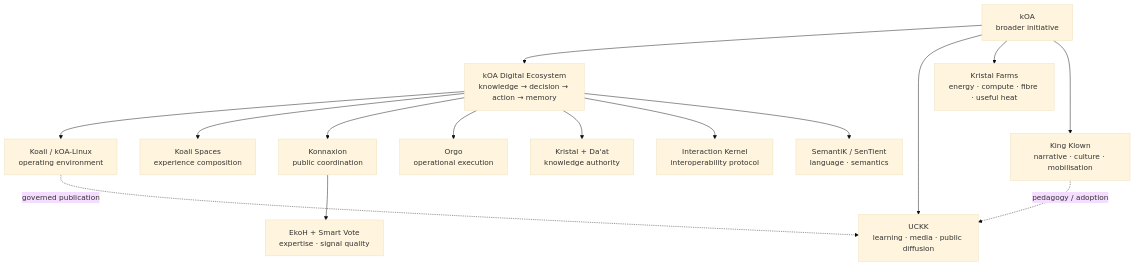
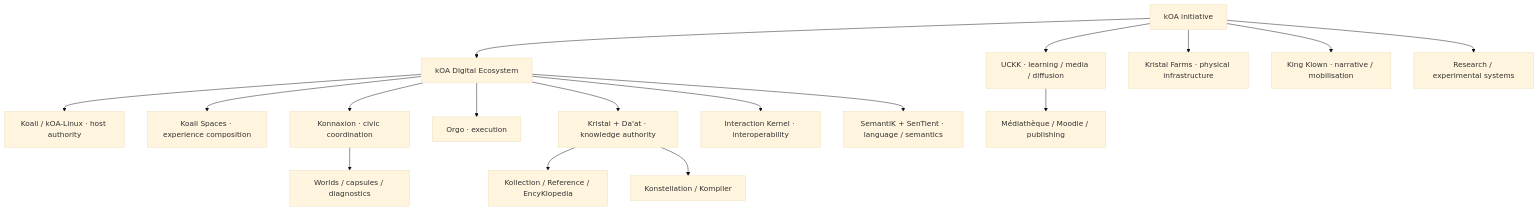
One commit to Rejean-McCormick/Rejean-McCormick changed the diagram in README.md. Above: the diagram before and after it, drawn with Mermaid (base theme). The commit also changed other lines of this file, not shown here.

````diff
--- a/README.md
+++ b/README.md
@@ -33,26 +22,28 @@
 ```mermaid
 flowchart TD
-    KOA["kOA<br/>broader initiative"]
-    DE["kOA Digital Ecosystem<br/>knowledge → decision → action → memory"]
-    UCKK["UCKK<br/>learning · media · public diffusion"]
-    KF["Kristal Farms<br/>energy · compute · fibre · useful heat"]
-    KK["King Klown<br/>narrative · culture · mobilisation"]
+    KOA["kOA initiative"]
+    DIGITAL["kOA Digital Ecosystem"]
+    UCKK["UCKK · learning / media / diffusion"]
+    FARMS["Kristal Farms · physical infrastructure"]
+    CULTURE["King Klown · narrative / mobilisation"]
+    RESEARCH["Research / experimental systems"]
 
-    KOA --> DE
+    KOA --> DIGITAL
     KOA --> UCKK
-    KOA --> KF
-    KOA --> KK
+    KOA --> FARMS
+    KOA --> CULTURE
+    KOA --> RESEARCH
 
-    DE --> KOALI["Koali / kOA-Linux<br/>operating environment"]
-    DE --> SPACES["Koali Spaces<br/>experience composition"]
-    DE --> KONN["Konnaxion<br/>public coordination"]
-    DE --> ORGO["Orgo<br/>operational execution"]
-    DE --> KR["Kristal + Da'at<br/>knowledge authority"]
-    DE --> IK["Interaction Kernel<br/>interoperability protocol"]
+    DIGITAL --> KOALI["Koali / kOA-Linux · host authority"]
+    DIGITAL --> SPACES["Koali Spaces · experience composition"]
+    DIGITAL --> KONN["Konnaxion · civic coordination"]
+    DIGITAL --> ORGO["Orgo · execution"]
+    DIGITAL --> KRISTAL["Kristal + Da'at · knowledge authority"]
+    DIGITAL --> IK["Interaction Kernel · interoperability"]
+    DIGITAL --> SEM["SemantiK + SenTient · language / semantics"]
 
-    KONN --> EKOH["EkoH + Smart Vote<br/>expertise · signal quality"]
-    DE --> SEM["SemantiK / SenTient<br/>language · semantics"]
-
-    KOALI -. governed publication .-> UCKK
-    KK -. pedagogy / adoption .-> UCKK
+    KONN --> WORLD["Worlds / capsules / diagnostics"]
+    KRISTAL --> KOL["Kollection / Reference / EncyKlopedia"]
+    KRISTAL --> KONS["Konstellation / Kompiler"]
+    UCKK --> MED["Médiathèque / Moodle / publishing"]
 ```
````
